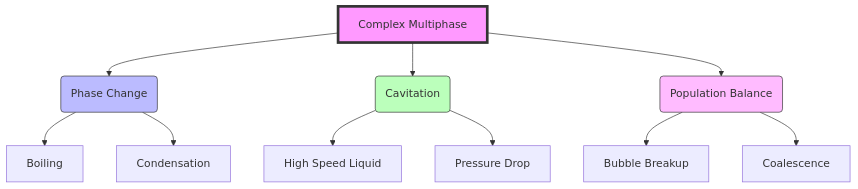
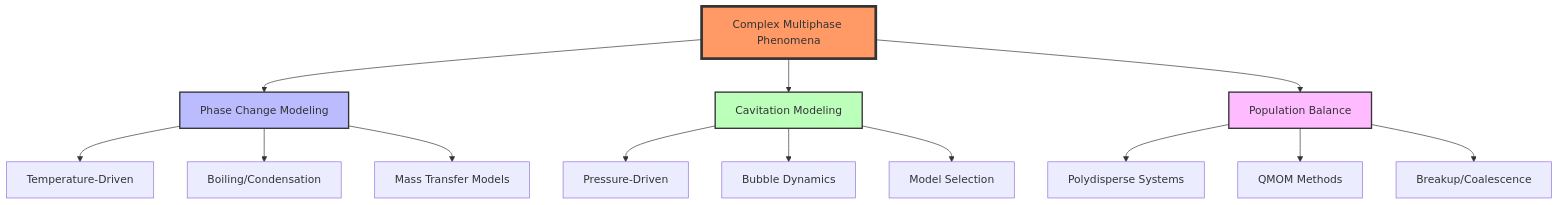
The first of 4 diagrams in MODULE_06_ADVANCED_PHYSICS/CONTENT/01_COMPLEX_MULTIPHASE_PHENOMENA/00_Overview.md (wramet/build-my-cfd), drawn with Mermaid before and after one commit. The commit also changed other lines of this file and 107 other files, not shown here.

````diff
--- a/MODULE_06_ADVANCED_PHYSICS/CONTENT/01_COMPLEX_MULTIPHASE_PHENOMENA/00_Overview.md
+++ b/MODULE_06_ADVANCED_PHYSICS/CONTENT/01_COMPLEX_MULTIPHASE_PHENOMENA/00_Overview.md
@@ -42,20 +53,23 @@
 ```mermaid
 graph TD
-    A[Complex Multiphase] --> B(Phase Change)
-    A --> C(Cavitation)
-    A --> D(Population Balance)
-    
-    B --> B1[Boiling]
-    B --> B2[Condensation]
-    
-    C --> C1[High Speed Liquid]
-    C --> C2[Pressure Drop]
-    
-    D --> D1[Bubble Breakup]
-    D --> D2[Coalescence]
-    
-    style A fill:#f9f,stroke:#333,stroke-width:4px
-    style B fill:#bbf,stroke:#333
-    style C fill:#bfb,stroke:#333
-    style D fill:#fbf,stroke:#333
+    A[Complex Multiphase Phenomena] --> B[Phase Change Modeling]
+    A --> C[Cavitation Modeling]
+    A --> D[Population Balance]
+
+    B --> B1[Temperature-Driven]
+    B --> B2[Boiling/Condensation]
+    B --> B3[Mass Transfer Models]
+
+    C --> C1[Pressure-Driven]
+    C --> C2[Bubble Dynamics]
+    C --> C3[Model Selection]
+
+    D --> D1[Polydisperse Systems]
+    D --> D2[QMOM Methods]
+    D --> D3[Breakup/Coalescence]
+
+    style A fill:#f96,stroke:#333,stroke-width:4px
+    style B fill:#bbf,stroke:#333,stroke-width:2px
+    style C fill:#bfb,stroke:#333,stroke-width:2px
+    style D fill:#fbf,stroke:#333,stroke-width:2px
 ```
````
